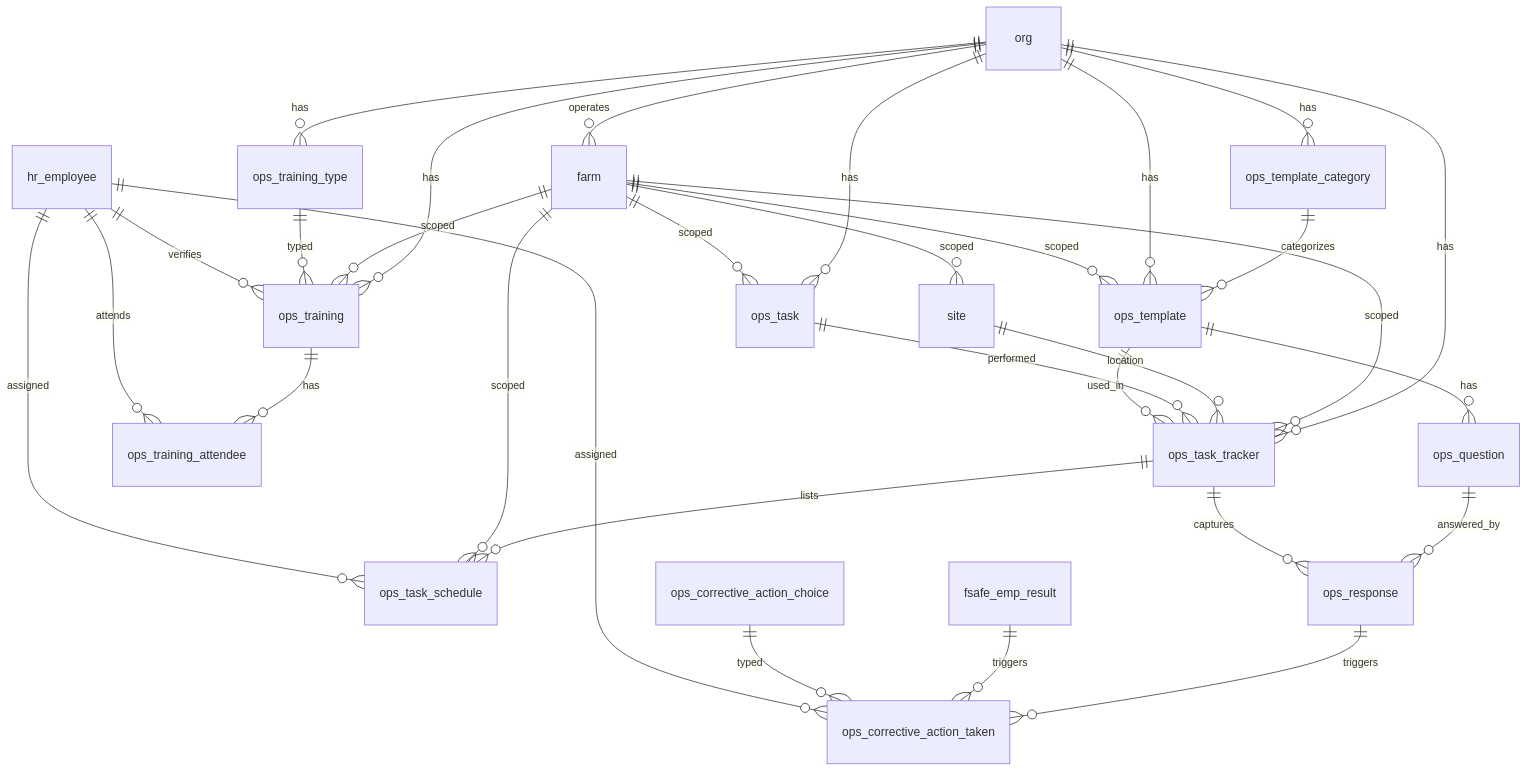
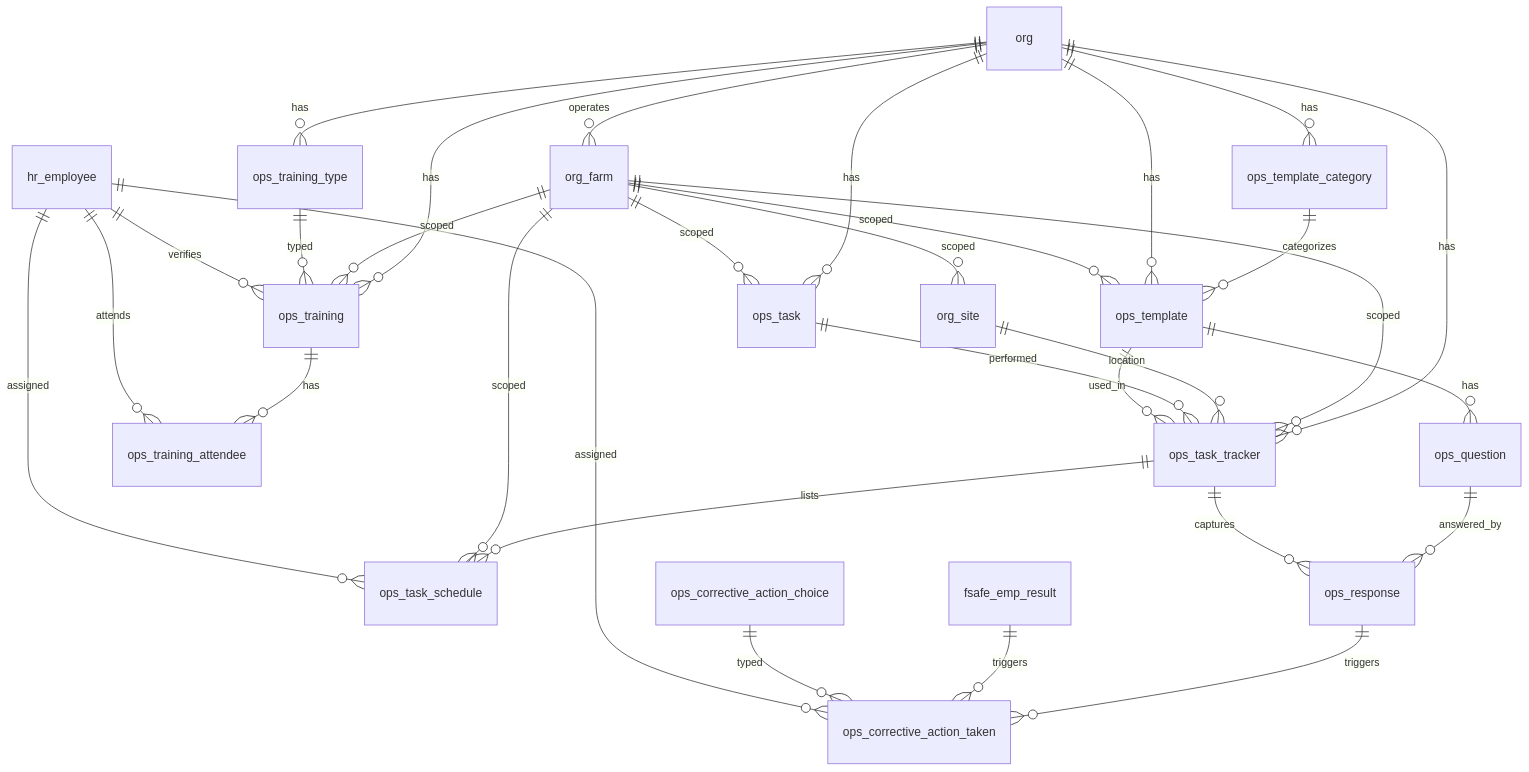
One commit to Hawaii-Farming/aloha-app changed the diagram in docs/schemas/20260319_04_ops.md. Above: the diagram before and after it, drawn with Mermaid. The commit also changed other lines of this file and 51 other files, not shown here.

First line of the commit message:
Rename org tables (util_uom→org_uom, farm→org_farm, site→org_site), rewrite conventions from LENNY spec

````diff
--- a/docs/schemas/20260319_04_ops.md
+++ b/docs/schemas/20260319_04_ops.md
@@ -9,35 +9,35 @@
 ```mermaid
 erDiagram
-    org ||--o{ farm : operates
+    org ||--o{ org_farm : operates
     org ||--o{ ops_task : has
-    farm ||--o{ ops_task : scoped
+    org_farm ||--o{ ops_task : scoped
     org ||--o{ ops_task_tracker : has
-    farm ||--o{ ops_task_tracker : scoped
-    farm ||--o{ site : scoped
-    site ||--o{ ops_task_tracker : location
+    org_farm ||--o{ ops_task_tracker : scoped
+    org_farm ||--o{ org_site : scoped
+    org_site ||--o{ ops_task_tracker : location
     ops_task ||--o{ ops_task_tracker : performed
     ops_template ||--o{ ops_task_tracker : used_in
     ops_task_tracker ||--o{ ops_task_schedule : lists
-    farm ||--o{ ops_task_schedule : scoped
+    org_farm ||--o{ ops_task_schedule : scoped
     hr_employee ||--o{ ops_task_schedule : assigned
 
     org ||--o{ ops_training_type : has
     org ||--o{ ops_training : has
-    farm ||--o{ ops_training : scoped
+    org_farm ||--o{ ops_training : scoped
     ops_training_type ||--o{ ops_training : typed
     hr_employee ||--o{ ops_training : verifies
     ops_training ||--o{ ops_training_attendee : has
     hr_employee ||--o{ ops_training_attendee : attends
 
     org ||--o{ ops_template_category : has
     ops_template_category ||--o{ ops_template : categorizes
     org ||--o{ ops_template : has
-    farm ||--o{ ops_template : scoped
+    org_farm ||--o{ ops_template : scoped
     ops_template ||--o{ ops_question : has
     ops_question ||--o{ ops_response : answered_by
     ops_task_tracker ||--o{ ops_response : captures
     ops_response ||--o{ ops_corrective_action_taken : triggers
     fsafe_emp_result ||--o{ ops_corrective_action_taken : triggers
     ops_corrective_action_choice ||--o{ ops_corrective_action_taken : typed
     hr_employee ||--o{ ops_corrective_action_taken : assigned
 ```
````
